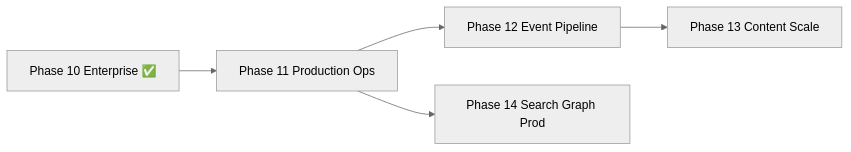
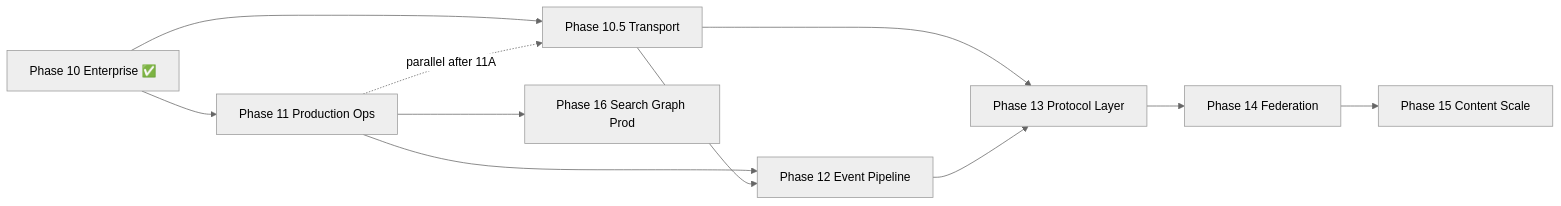
The diagram in .ai/phases/roadmap/10-POST-ROADMAP.md (ontorata/ratary), drawn with Mermaid (neutral theme) before and after one commit. The commit also changed other lines of this file and 24 other files, not shown here.

First line of the commit message:
docs(phases): add transport, protocol, and federation layer designs

````diff
--- a/.ai/phases/roadmap/10-POST-ROADMAP.md
+++ b/.ai/phases/roadmap/10-POST-ROADMAP.md
@@ -32,7 +32,13 @@
 ```mermaid
 flowchart LR
   P10[Phase 10 Enterprise ✅] --> P11[Phase 11 Production Ops]
+  P10 --> P105[Phase 10.5 Transport]
+  P11 -.->|parallel after 11A| P105
   P11 --> P12[Phase 12 Event Pipeline]
-  P12 --> P13[Phase 13 Content Scale]
-  P11 --> P14[Phase 14 Search Graph Prod]
+  P105 --> P13[Phase 13 Protocol Layer]
+  P12 --> P13
+  P13 --> P14[Phase 14 Federation]
+  P14 --> P15[Phase 15 Content Scale]
+  P11 --> P16[Phase 16 Search Graph Prod]
+  P105 --> P12
 ```
````
